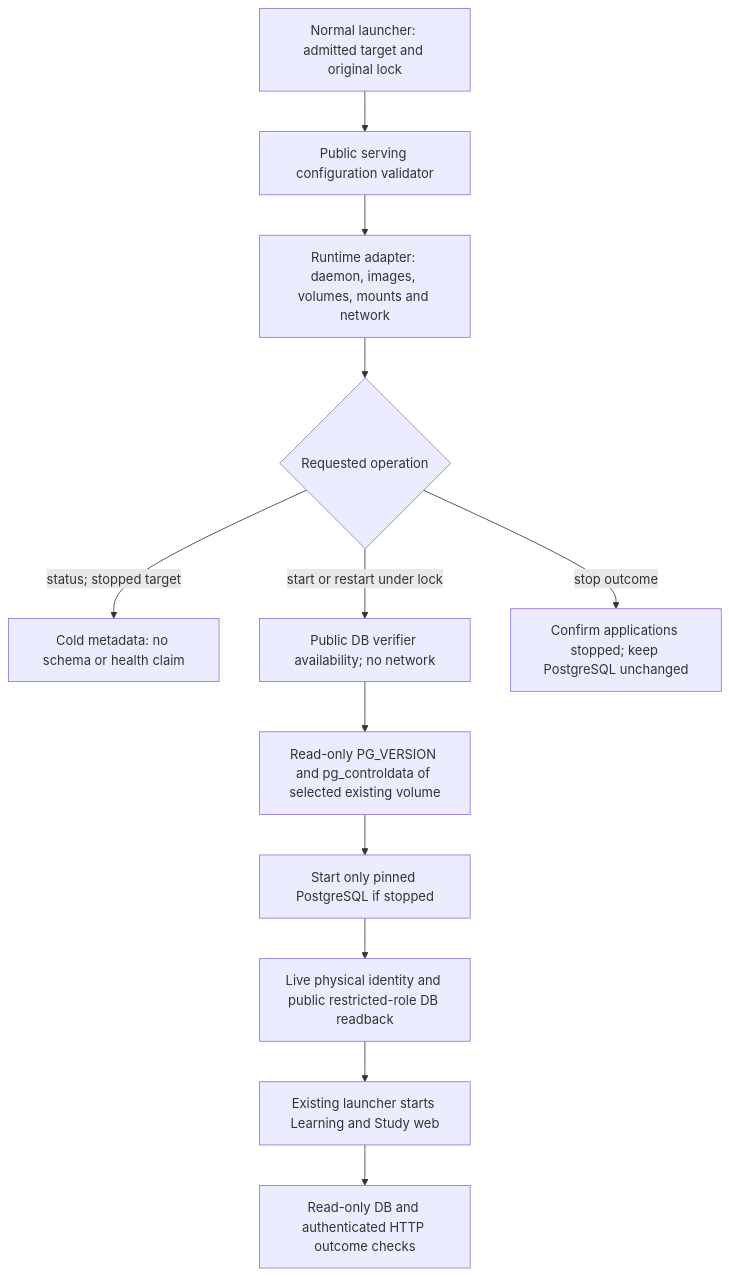
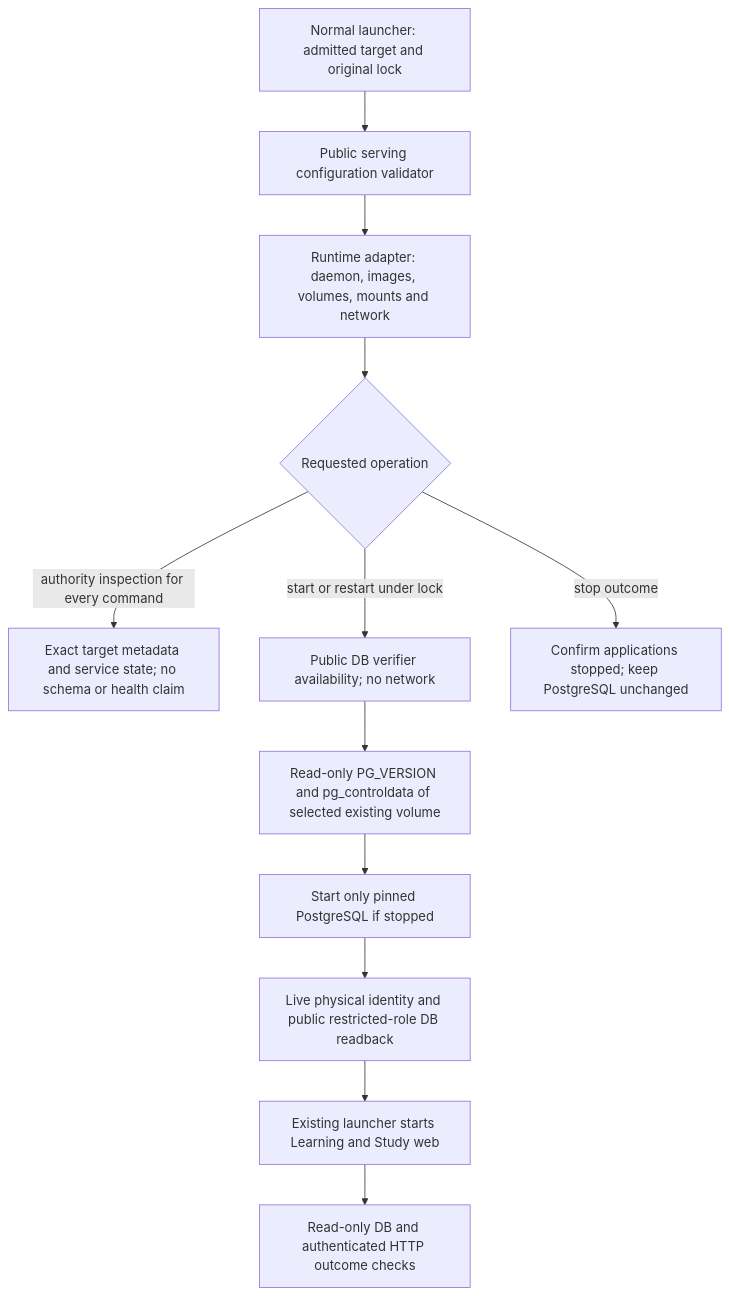
Before and after one commit to aaweaver-actuary/tempo: the diagram in scripts/tempo-study-runtime/README.md, drawn with Mermaid. The commit also changed other lines of this file and 2 other files, not shown here.

Commit message:
fix(launcher): separate Study identity from runtime health

````diff
--- a/scripts/tempo-study-runtime/README.md
+++ b/scripts/tempo-study-runtime/README.md
@@ -18,14 +18,14 @@
 ```mermaid
 flowchart TD
     A[Normal launcher: admitted target and original lock] --> C[Public serving configuration validator]
     C --> M[Runtime adapter: daemon, images, volumes, mounts and network]
     M --> S{Requested operation}
-    S -->|status; stopped target| R[Cold metadata: no schema or health claim]
+    S -->|authority inspection for every command| R[Exact target metadata and service state; no schema or health claim]
     S -->|start or restart under lock| H[Public DB verifier availability; no network]
     H --> P[Read-only PG_VERSION and pg_controldata of selected existing volume]
     P --> D[Start only pinned PostgreSQL if stopped]
     D --> V[Live physical identity and public restricted-role DB readback]
     V --> L[Existing launcher starts Learning and Study web]
     L --> O[Read-only DB and authenticated HTTP outcome checks]
     S -->|stop outcome| T[Confirm applications stopped; keep PostgreSQL unchanged]
 ```
````
